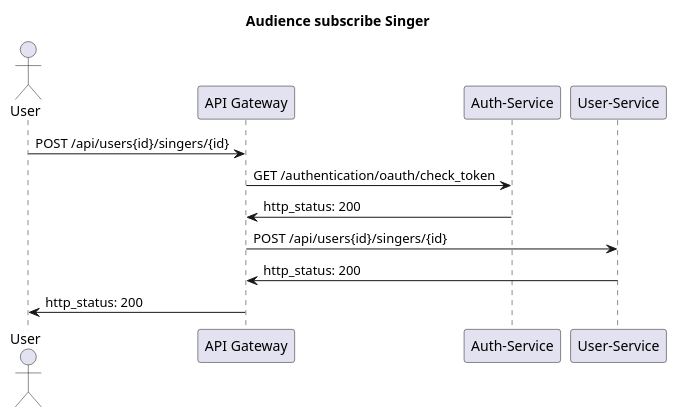
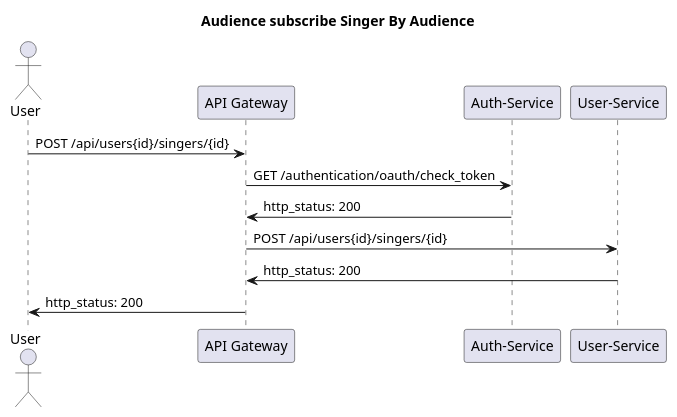
One commit to PheaSoy/java-microservice-completed-solution changed the diagram in sequence-diagram/audience-subscribing-singers.wsd. Above: the diagram before and after it, drawn with PlantUML. The commit also changed 16 other files, not shown here.

```diff
--- a/sequence-diagram/audience-subscribing-singers.wsd
+++ b/sequence-diagram/audience-subscribing-singers.wsd
@@ -1,13 +1,13 @@
 @startuml
-    title : Audience subscribe Singer
+    title : Audience subscribe Singer By Audience
     actor "User" as user
     participant "API Gateway" as api_gw
     participant "Auth-Service" as auth
     participant "User-Service" as user_service
     user -> api_gw: POST /api/users{id}/singers/{id}
     api_gw -> auth: GET /authentication/oauth/check_token
     api_gw <- auth: http_status: 200
     api_gw -> user_service: POST /api/users{id}/singers/{id}
     api_gw <- user_service: http_status: 200
     user <- api_gw: http_status: 200
 @enduml
```
